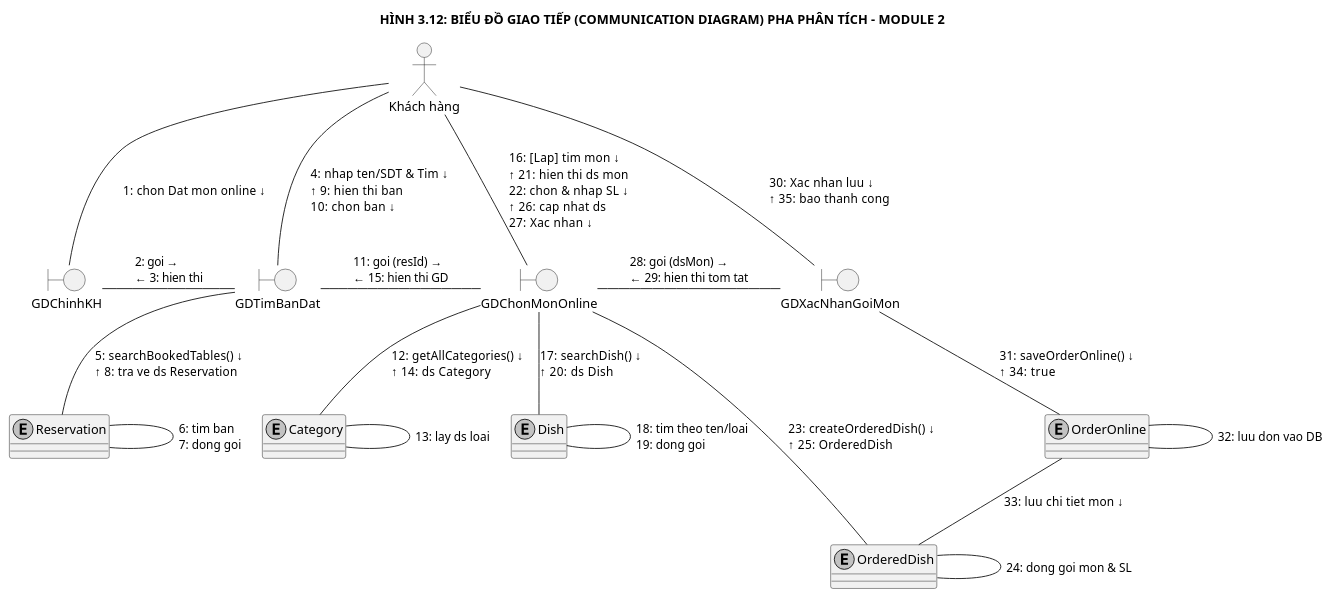
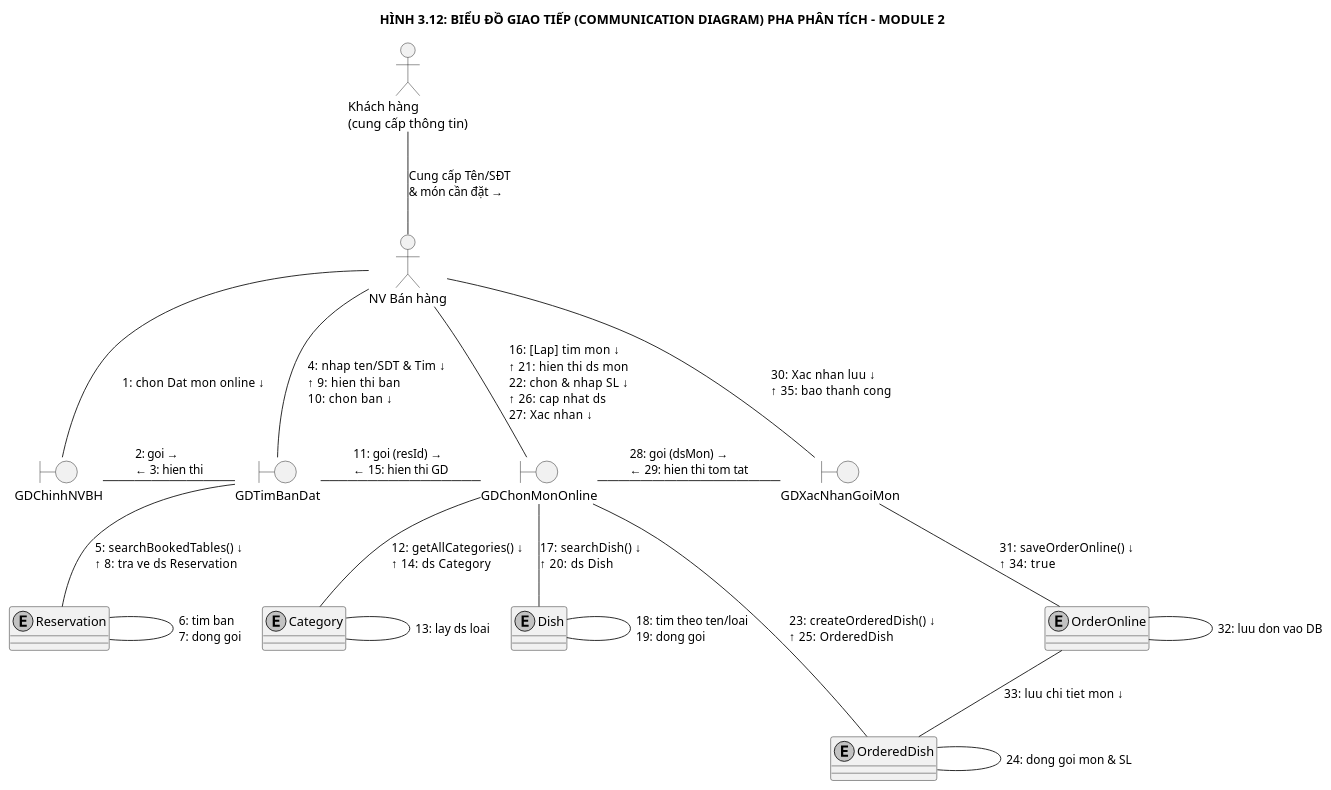
One commit to NEWBIE1005/RMS_RestaurantManagementSystem changed the diagram in docs/plantuml/phan_tich/Analysis_06_Module2_Communication.puml. Above: the diagram before and after it, drawn with PlantUML. The commit also changed 30 other files, not shown here.

```diff
--- a/docs/plantuml/phan_tich/Analysis_06_Module2_Communication.puml
+++ b/docs/plantuml/phan_tich/Analysis_06_Module2_Communication.puml
@@ -1,46 +1,48 @@
 @startuml Analysis_06_Module2_Communication
 allowmixing
 skinparam monochrome true
 skinparam shadowing false
 skinparam defaultTextAlignment left
 skinparam nodesep 70
 skinparam ranksep 75
 
 title HÌNH 3.12: BIỂU ĐỒ GIAO TIẾP (COMMUNICATION DIAGRAM) PHA PHÂN TÍCH - MODULE 2
 
-actor "Khách hàng" as KH
+actor "NV Bán hàng" as NVBH
+actor "Khách hàng\n(cung cấp thông tin)" as KH
 
-boundary "GDChinhKH" as GD1
+boundary "GDChinhNVBH" as GD1
 boundary "GDTimBanDat" as GD2
 boundary "GDChonMonOnline" as GD3
 boundary "GDXacNhanGoiMon" as GD4
 
 entity "Reservation" as Res
 entity "Category" as Cat
 entity "Dish" as Dish
 entity "OrderedDish" as Item
 entity "OrderOnline" as Ord
 
-KH -- GD1 : 1: chon Dat mon online ↓
-KH -- GD2 : 4: nhap ten/SDT & Tim ↓\n↑ 9: hien thi ban\n10: chon ban ↓
-KH -- GD3 : 16: [Lap] tim mon ↓\n↑ 21: hien thi ds mon\n22: chon & nhap SL ↓\n↑ 26: cap nhat ds\n27: Xac nhan ↓
-KH -- GD4 : 30: Xac nhan luu ↓\n↑ 35: bao thanh cong
+KH -- NVBH : Cung cấp Tên/SĐT\n& món cần đặt →
+NVBH -- GD1 : 1: chon Dat mon online ↓
+NVBH -- GD2 : 4: nhap ten/SDT & Tim ↓\n↑ 9: hien thi ban\n10: chon ban ↓
+NVBH -- GD3 : 16: [Lap] tim mon ↓\n↑ 21: hien thi ds mon\n22: chon & nhap SL ↓\n↑ 26: cap nhat ds\n27: Xac nhan ↓
+NVBH -- GD4 : 30: Xac nhan luu ↓\n↑ 35: bao thanh cong
 
 GD1 -right- GD2 : 2: goi →\n← 3: hien thi
 GD2 -right- GD3 : 11: goi (resId) →\n← 15: hien thi GD
 GD3 -right- GD4 : 28: goi (dsMon) →\n← 29: hien thi tom tat
 
 GD2 -- Res : 5: searchBookedTables() ↓\n↑ 8: tra ve ds Reservation
 GD3 -- Cat : 12: getAllCategories() ↓\n↑ 14: ds Category
 GD3 -- Dish : 17: searchDish() ↓\n↑ 20: ds Dish
 GD3 -- Item : 23: createOrderedDish() ↓\n↑ 25: OrderedDish
 GD4 -- Ord : 31: saveOrderOnline() ↓\n↑ 34: true
 
 Res -- Res : 6: tim ban\n7: dong goi
 Cat -- Cat : 13: lay ds loai
 Dish -- Dish : 18: tim theo ten/loai\n19: dong goi
 Item -- Item : 24: dong goi mon & SL
 Ord -- Item : 33: luu chi tiet mon ↓
 Ord -- Ord : 32: luu don vao DB
 
 @enduml
```
